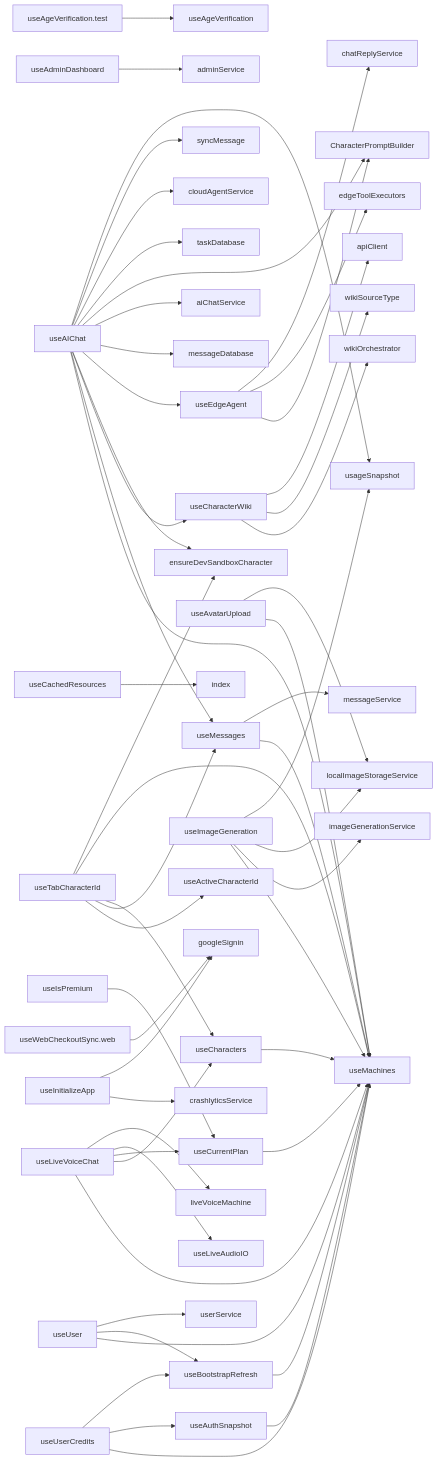
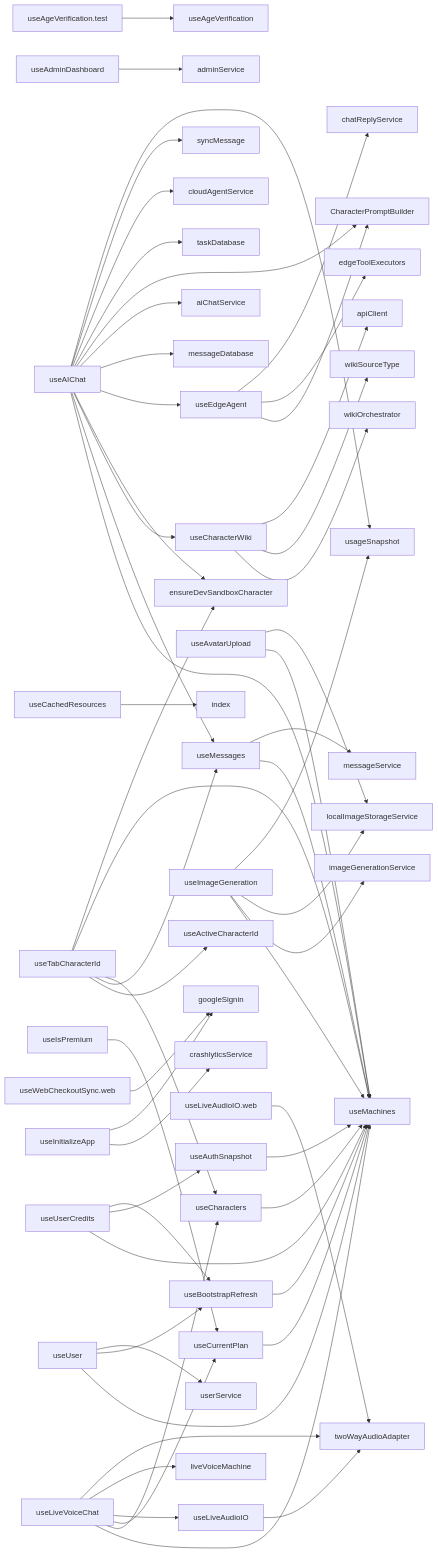
One commit to equationalapplications/clanker changed the diagram in docs/flowcharts/HOOKS.md. Above: the diagram before and after it, drawn with Mermaid. The commit also changed 3 other files, not shown here.

First line of the commit message:
docs(charts): update C4 and dependency flowcharts for browser bridge

````diff
--- a/docs/flowcharts/HOOKS.md
+++ b/docs/flowcharts/HOOKS.md
@@ -4,56 +4,59 @@
 ```mermaid
 graph LR
   useAgeVerification.test --> useAgeVerification
   useAIChat --> useMachines
   useAIChat --> useMessages
   useAIChat --> useCharacterWiki
   useAIChat --> ensureDevSandboxCharacter
   useAIChat --> useEdgeAgent
   useAIChat --> messageDatabase
   useAIChat --> aiChatService
   useAIChat --> CharacterPromptBuilder
   useAIChat --> taskDatabase
   useAIChat --> cloudAgentService
   useAIChat --> syncMessage
   useAIChat --> usageSnapshot
   useAdminDashboard --> adminService
   useAuthSnapshot --> useMachines
   useAvatarUpload --> useMachines
   useAvatarUpload --> localImageStorageService
   useBootstrapRefresh --> useMachines
   useCachedResources --> index
   useCharacterWiki --> wikiOrchestrator
   useCharacterWiki --> wikiSourceType
   useCharacterWiki --> apiClient
   useCharacters --> useMachines
   useCurrentPlan --> useMachines
   useEdgeAgent --> CharacterPromptBuilder
   useEdgeAgent --> edgeToolExecutors
   useEdgeAgent --> chatReplyService
   useImageGeneration --> useMachines
   useImageGeneration --> imageGenerationService
   useImageGeneration --> localImageStorageService
   useImageGeneration --> usageSnapshot
   useInitializeApp --> crashlyticsService
   useInitializeApp --> googleSignin
   useIsPremium --> useCurrentPlan
+  useLiveAudioIO --> twoWayAudioAdapter
+  useLiveAudioIO.web --> twoWayAudioAdapter
   useLiveVoiceChat --> useMachines
   useLiveVoiceChat --> useCharacters
   useLiveVoiceChat --> useCurrentPlan
   useLiveVoiceChat --> useLiveAudioIO
   useLiveVoiceChat --> liveVoiceMachine
+  useLiveVoiceChat --> twoWayAudioAdapter
   useMessages --> useMachines
   useMessages --> messageService
   useTabCharacterId --> useActiveCharacterId
   useTabCharacterId --> useMessages
   useTabCharacterId --> useCharacters
   useTabCharacterId --> useMachines
   useTabCharacterId --> ensureDevSandboxCharacter
   useUser --> useMachines
   useUser --> useBootstrapRefresh
   useUser --> userService
   useUserCredits --> useMachines
   useUserCredits --> useAuthSnapshot
   useUserCredits --> useBootstrapRefresh
   useWebCheckoutSync.web --> googleSignin
 ```
````
